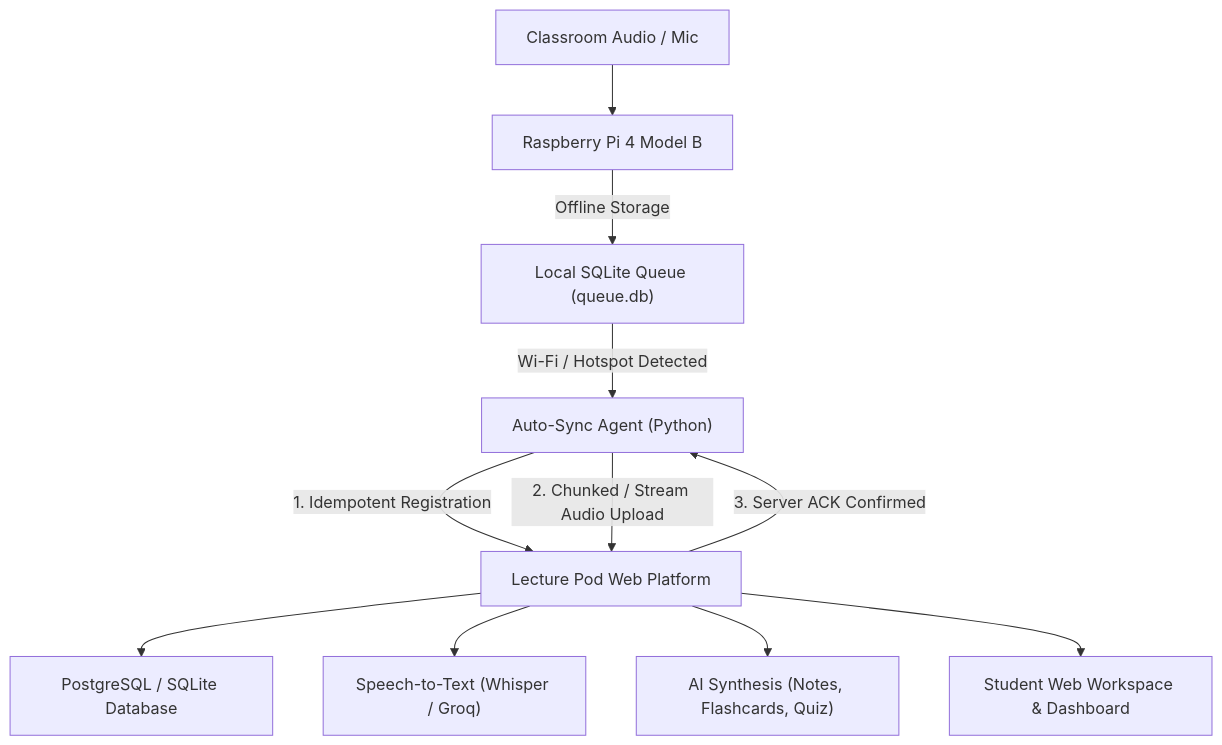
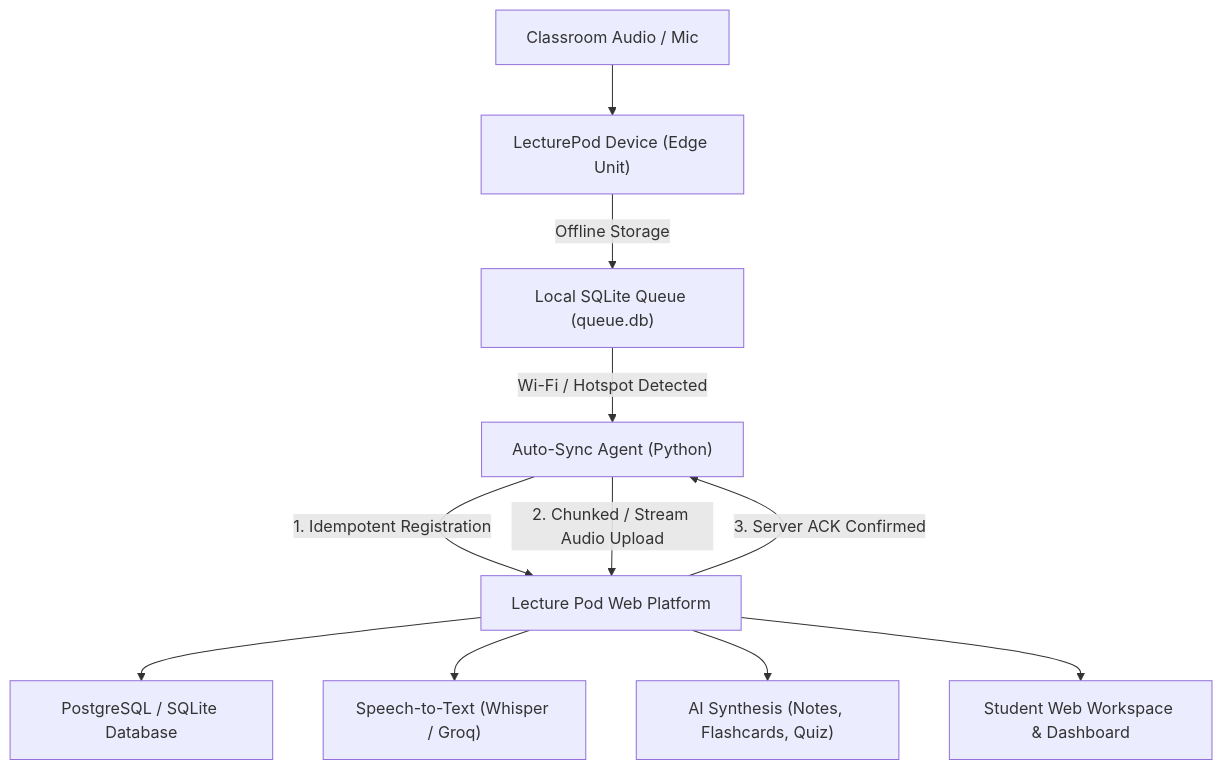
One commit to tanmaytuliofficial/lecturepod changed the diagram in README.md. Above: the diagram before and after it, drawn with Mermaid. The commit also changed other lines of this file and 30 other files, not shown here.

Commit message:
feat: complete PW-style study architecture, 3-card animated portal hub, AI Mentor, and B&W dark mode

````diff
--- a/README.md
+++ b/README.md
@@ -9,13 +9,13 @@
 ```mermaid
 graph TD
-  A["Classroom Audio / Mic"] --> B["Raspberry Pi 4 Model B"]
+  A["Classroom Audio / Mic"] --> B["LecturePod Device (Edge Unit)"]
   B -->|"Offline Storage"| C["Local SQLite Queue (queue.db)"]
   C -->|"Wi-Fi / Hotspot Detected"| D["Auto-Sync Agent (Python)"]
   D -->|"1. Idempotent Registration"| E["Lecture Pod Web Platform"]
   D -->|"2. Chunked / Stream Audio Upload"| E
   E -->|"3. Server ACK Confirmed"| D
   E --> F["PostgreSQL / SQLite Database"]
   E --> G["Speech-to-Text (Whisper / Groq)"]
   E --> H["AI Synthesis (Notes, Flashcards, Quiz)"]
   E --> I["Student Web Workspace & Dashboard"]
 ```
````
